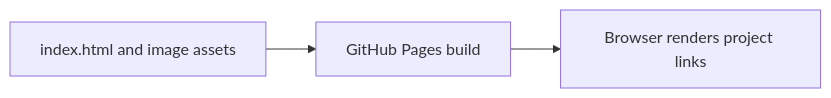
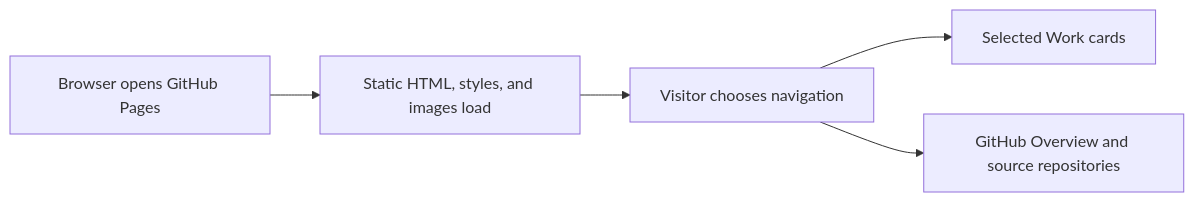
Before and after one commit to Klokesh493/lokesh-kalluru-portfolio: the diagram in docs/ARCHITECTURE.md, drawn with Mermaid. The commit also changed 1 other file, not shown here.

Commit message:
Show the project decision flow in its README

````diff
--- a/docs/ARCHITECTURE.md
+++ b/docs/ARCHITECTURE.md
@@ -5,7 +5,11 @@
 ```mermaid
 flowchart LR
-    N0["index.html and image assets"]
-    N1["GitHub Pages build"]
-    N2["Browser renders project links"]
-    N0 --> N1 --> N2
+    A["Browser opens GitHub Pages"]
+    B["Static HTML, styles, and images load"]
+    C["Visitor chooses navigation"]
+    D["Selected Work cards"]
+    E["GitHub Overview and source repositories"]
+    A --> B --> C
+    C --> D
+    C --> E
 ```
````
